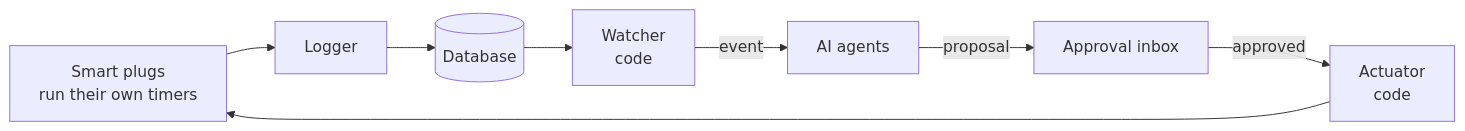
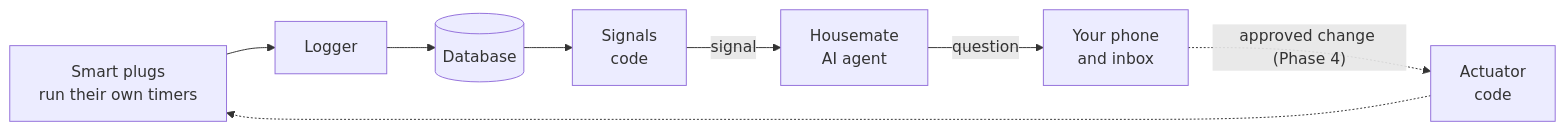
Before and after one commit to PaSathees/agentc-edge: the diagram in README.md, drawn with Mermaid. The commit also changed other lines of this file and 54 other files, not shown here.

First line of the commit message:
Phase 3d1-3d2: phone messages, one-command setup, hub on compose

````diff
--- a/README.md
+++ b/README.md
@@ -11,8 +11,8 @@
 ```mermaid
 flowchart LR
   P["Smart plugs<br/>run their own timers"] --> L["Logger"] --> DB[("Database")]
-  DB --> W["Watcher<br/>code"]
-  W -- "event" --> A["AI agents"]
-  A -- "proposal" --> I["Approval inbox"]
-  I -- "approved" --> X["Actuator<br/>code"] --> P
+  DB --> S["Signals<br/>code"]
+  S -- "signal" --> A["Housemate<br/>AI agent"]
+  A -- "question" --> O["Your phone<br/>and inbox"]
+  O -. "approved change (Phase 4)" .-> X["Actuator<br/>code"] -.-> P
 ```
````
